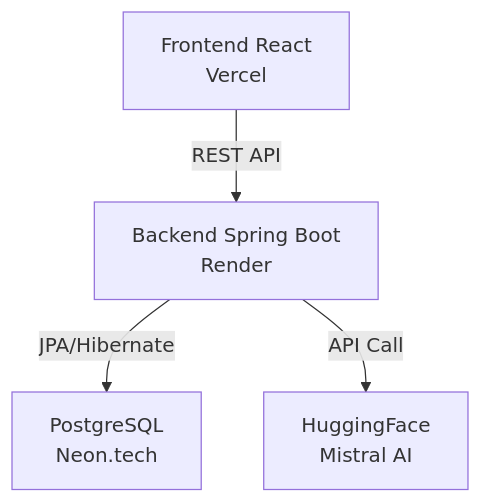
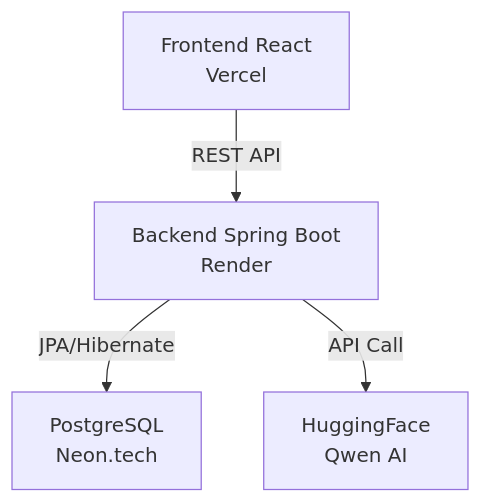
The diagram in README.md (Devmodjo/QuickExpo), drawn with Mermaid before and after one commit.

Commit message:
Update AI model reference in architecture diagram

````diff
--- a/README.md
+++ b/README.md
@@ -32,6 +32,6 @@
 ```mermaid
 graph TD
     A[Frontend React<br/>Vercel] -->|REST API| B[Backend Spring Boot<br/>Render]
     B -->|JPA/Hibernate| C[PostgreSQL<br/>Neon.tech]
-    B -->|API Call| D[HuggingFace<br/>Mistral AI]
+    B -->|API Call| D[HuggingFace<br/>Qwen AI]
 ```
````
